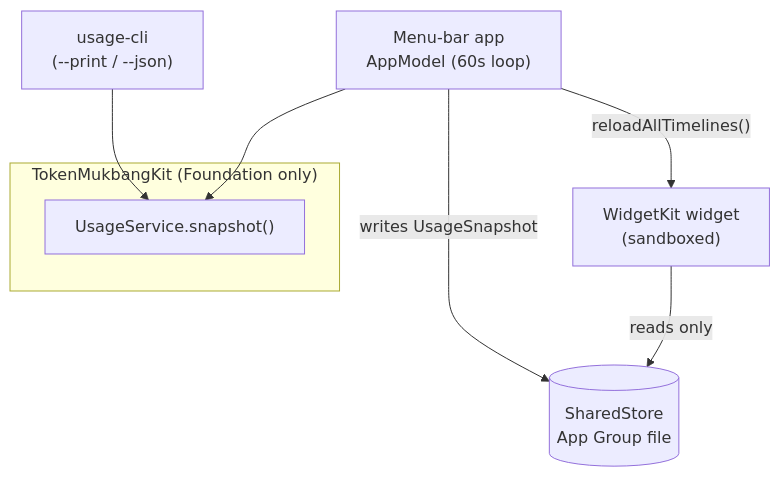
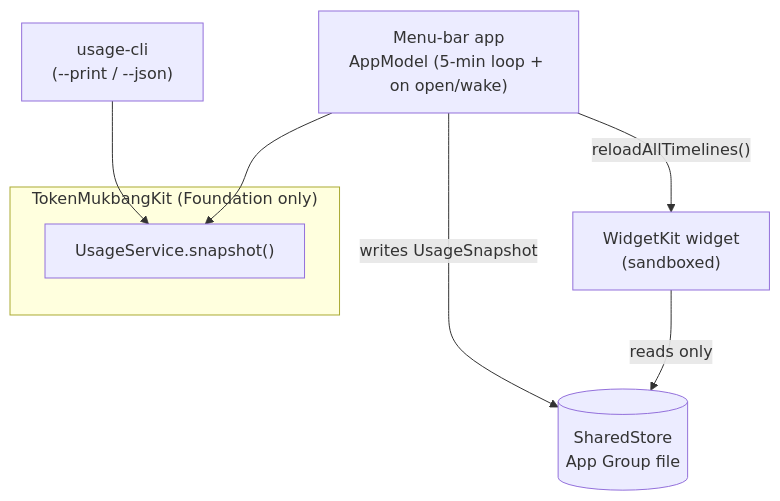
Before and after one commit to 94wogus/TokenMukbang: the first of 3 diagrams in ARCHITECTURE.md, drawn with Mermaid. The commit also changed other lines of this file and 4 other files, not shown here.

````diff
--- a/ARCHITECTURE.md
+++ b/ARCHITECTURE.md
@@ -34,11 +34,11 @@
 ```mermaid
 flowchart TB
     subgraph kit["TokenMukbangKit (Foundation only)"]
         US["UsageService.snapshot()"]
     end
     CLI["usage-cli<br/>(--print / --json)"] --> US
-    APP["Menu-bar app<br/>AppModel (60s loop)"] --> US
+    APP["Menu-bar app<br/>AppModel (5-min loop + on open/wake)"] --> US
     APP -- "writes UsageSnapshot" --> STORE[("SharedStore<br/>App Group file")]
     WIDGET["WidgetKit widget<br/>(sandboxed)"] -- "reads only" --> STORE
     APP -- "reloadAllTimelines()" --> WIDGET
 ```
````
